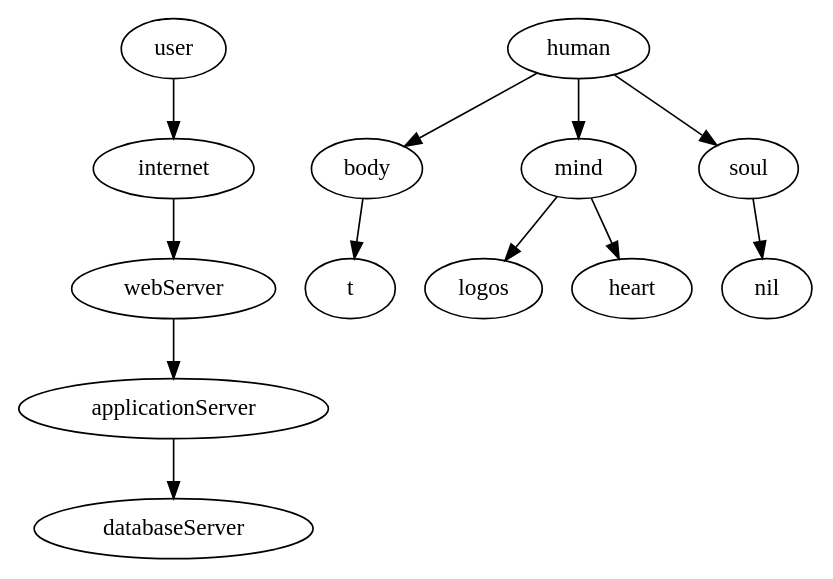
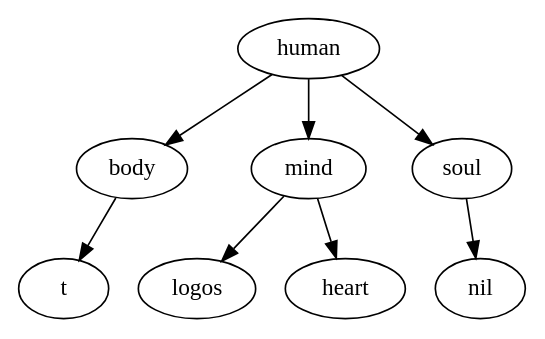
Before and after one commit to taeyoungchoon/taeyoungchoon.github.io: the diagram in h.dot, drawn with Graphviz.

```diff
--- a/h.dot
+++ b/h.dot
@@ -1,17 +1,16 @@
 //
 // graphviz-dot-mode
 //
 // M-x compile
 // C-c p
 //
 
 digraph human {
 
-user -> internet -> webServer -> applicationServer -> databaseServer;
 human -> body -> t;
 human -> mind;
 mind -> logos;
 mind -> heart;
 human -> soul -> nil;
 
 }
```
